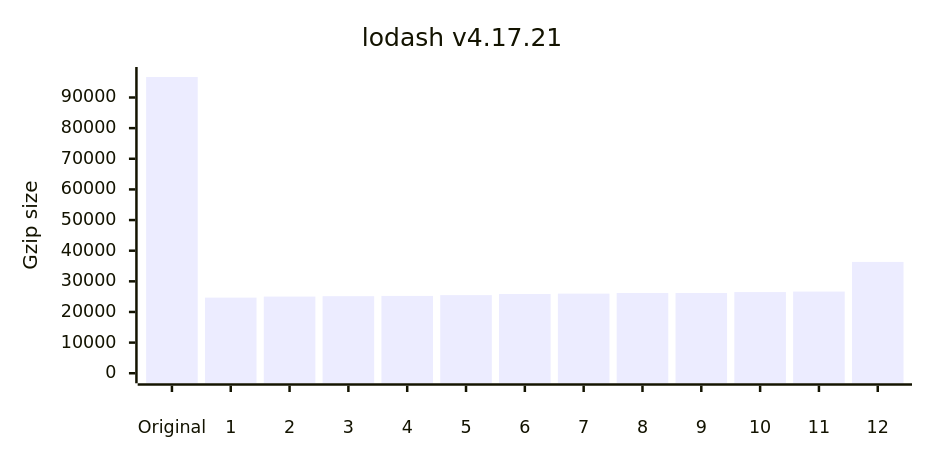
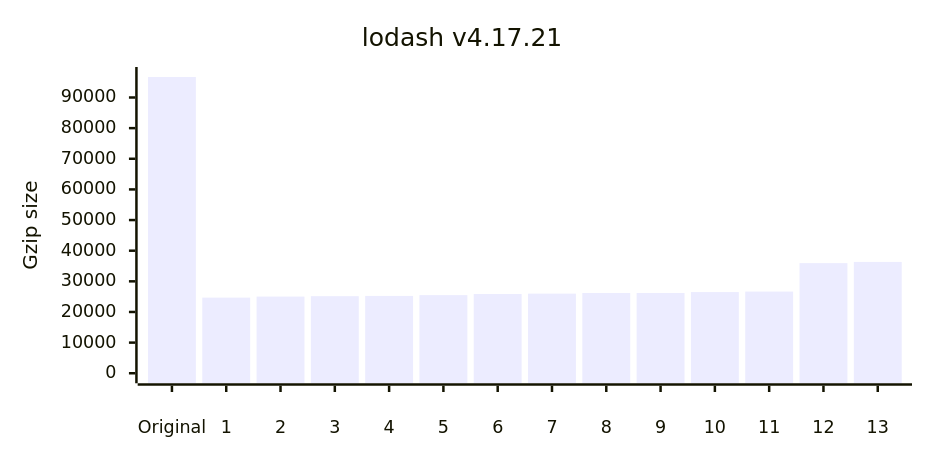
The fifth of 12 diagrams in README.md (privatenumber/minification-benchmarks), drawn with Mermaid before and after one commit. The commit also changed other lines of this file and 1 other file, not shown here.

````diff
--- a/README.md
+++ b/README.md
@@ -237,17 +242,17 @@
 ```mermaid
 ---
 config:
     xyChart:
         width: 720
         height: 360
         xAxis:
             labelPadding: 20
         yAxis:
             labelPadding: 10
 ---
 xychart-beta
 	title "lodash v4.17.21"
-	x-axis ["Original",1,2,3,4,5,6,7,8,9,10,11,12]
+	x-axis ["Original",1,2,3,4,5,6,7,8,9,10,11,12,13]
 	y-axis "Gzip size" 0 --> 96690
-	bar [96690,24686,25022,25152,25240,25503,25862,25979,26187,26200,26498,26655,36327]
+	bar [96690,24686,25022,25152,25240,25503,25862,25979,26187,26200,26498,26655,35944,36327]
 ```
````
